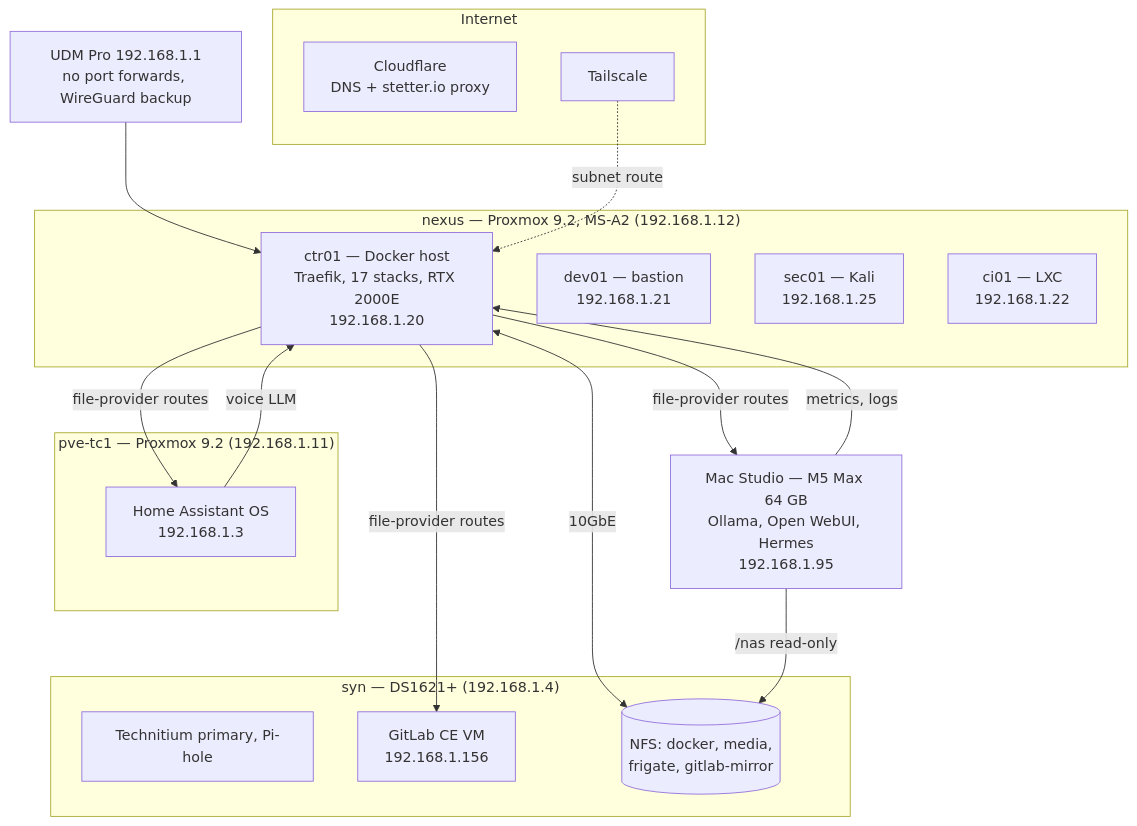
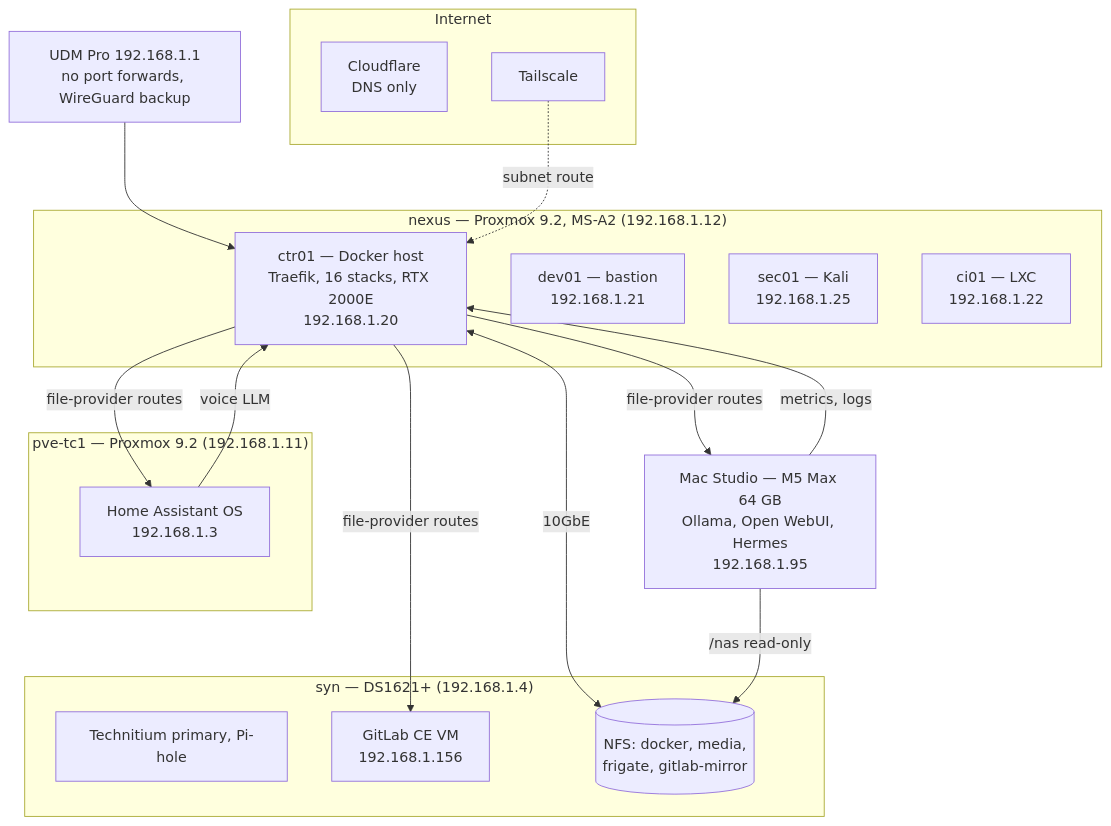
One commit to johnstetter/homelab-docs changed the diagram in docs/architecture/index.md. Above: the diagram before and after it, drawn with Mermaid. The commit also changed other lines of this file and 10 other files, not shown here.

````diff
--- a/docs/architecture/index.md
+++ b/docs/architecture/index.md
@@ -16,38 +16,38 @@
 ```mermaid
 graph TB
     subgraph Internet
-        CF[Cloudflare<br/>DNS + stetter.io proxy]
+        CF[Cloudflare<br/>DNS only]
         TS[Tailscale]
     end
 
     RTR[UDM Pro 192.168.1.1<br/>no port forwards, WireGuard backup]
 
     subgraph NEXUS["nexus — Proxmox 9.2, MS-A2 (192.168.1.12)"]
-        CTR01[ctr01 — Docker host<br/>Traefik, 17 stacks, RTX 2000E<br/>192.168.1.20]
+        CTR01[ctr01 — Docker host<br/>Traefik, 16 stacks, RTX 2000E<br/>192.168.1.20]
         DEV01[dev01 — bastion<br/>192.168.1.21]
         SEC01[sec01 — Kali<br/>192.168.1.25]
         CI01[ci01 — LXC<br/>192.168.1.22]
     end
 
     STUDIO[Mac Studio — M5 Max 64 GB<br/>Ollama, Open WebUI, Hermes<br/>192.168.1.95]
 
     subgraph TC1["pve-tc1 — Proxmox 9.2 (192.168.1.11)"]
         HA[Home Assistant OS<br/>192.168.1.3]
     end
 
     subgraph SYN["syn — DS1621+ (192.168.1.4)"]
         DNS[Technitium primary, Pi-hole]
         GL[GitLab CE VM<br/>192.168.1.156]
         NFS[(NFS: docker, media,<br/>frigate, gitlab-mirror)]
     end
 
     RTR --> CTR01
     TS -.subnet route.-> CTR01
     CTR01 -->|file-provider routes| STUDIO
     CTR01 -->|file-provider routes| GL
     CTR01 -->|file-provider routes| HA
     HA -->|voice LLM| CTR01
     CTR01 <-->|10GbE| NFS
     STUDIO -->|/nas read-only| NFS
     STUDIO -->|metrics, logs| CTR01
 ```
````
